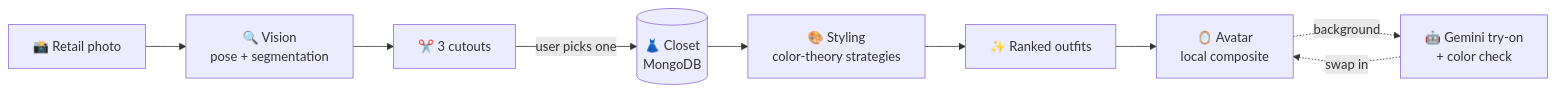
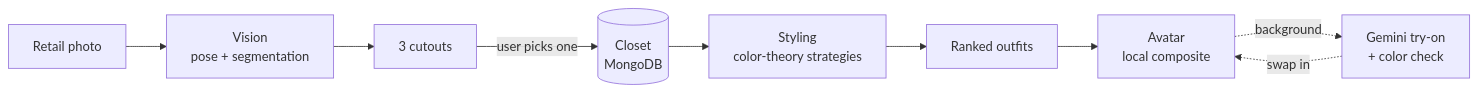
One commit to sadie2488/Atelier changed the first of 2 diagrams in README.md. Above: the diagram before and after it, drawn with Mermaid. The commit also changed other lines of this file, not shown here.

````diff
--- a/README.md
+++ b/README.md
@@ -88,11 +88,11 @@
 ```mermaid
 flowchart LR
-    A["📸 Retail photo"] --> B["🔍 Vision<br/>pose + segmentation"]
-    B --> C["✂️ 3 cutouts"]
-    C -->|user picks one| D[("👗 Closet<br/>MongoDB")]
-    D --> E["🎨 Styling<br/>color-theory strategies"]
-    E --> F["✨ Ranked outfits"]
-    F --> G["🪞 Avatar<br/>local composite"]
-    G -.->|background| H["🤖 Gemini try-on<br/>+ color check"]
+    A["Retail photo"] --> B["Vision<br/>pose + segmentation"]
+    B --> C["3 cutouts"]
+    C -->|user picks one| D[("Closet<br/>MongoDB")]
+    D --> E["Styling<br/>color-theory strategies"]
+    E --> F["Ranked outfits"]
+    F --> G["Avatar<br/>local composite"]
+    G -.->|background| H["Gemini try-on<br/>+ color check"]
     H -.->|swap in| G
 ```
````
